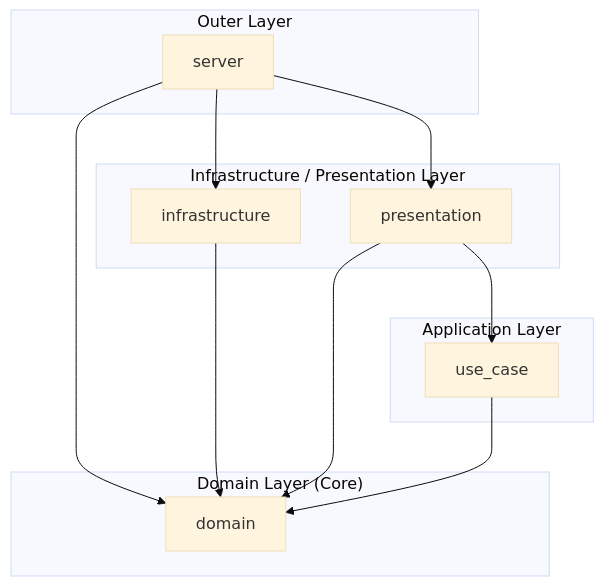
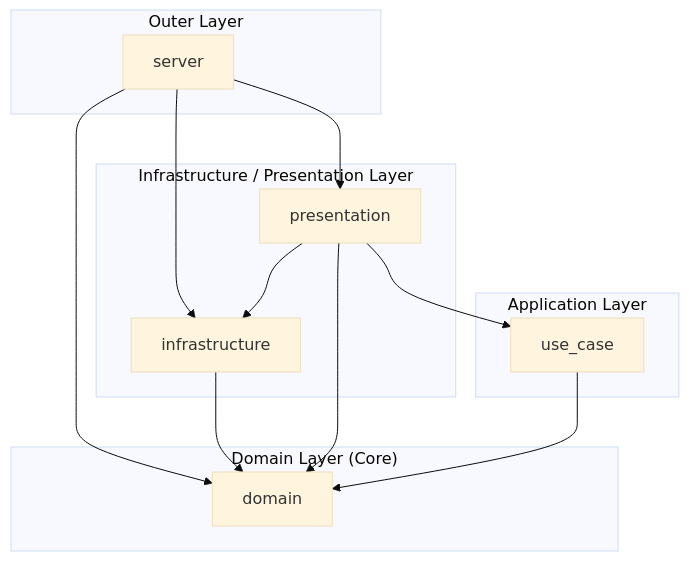
Before and after one commit to 23prime/actix-onion-template: the diagram in README.md, drawn with Mermaid (base theme). The commit also changed other lines of this file, not shown here.

Commit message:
docs: Update README with dev task, db commands, and architecture diagram

````diff
--- a/README.md
+++ b/README.md
@@ -9,24 +9,25 @@
 ```mermaid
 graph TB
     subgraph outer["Outer Layer"]
         server
     end
     subgraph middle["Infrastructure / Presentation Layer"]
         infrastructure
         presentation
     end
     subgraph app["Application Layer"]
         use_case
     end
     subgraph core["Domain Layer (Core)"]
         domain
     end
 
     server --> infrastructure
     server --> presentation
     server --> domain
     infrastructure --> domain
+    presentation --> infrastructure
     presentation --> use_case
     presentation --> domain
     use_case --> domain
 ```
````
